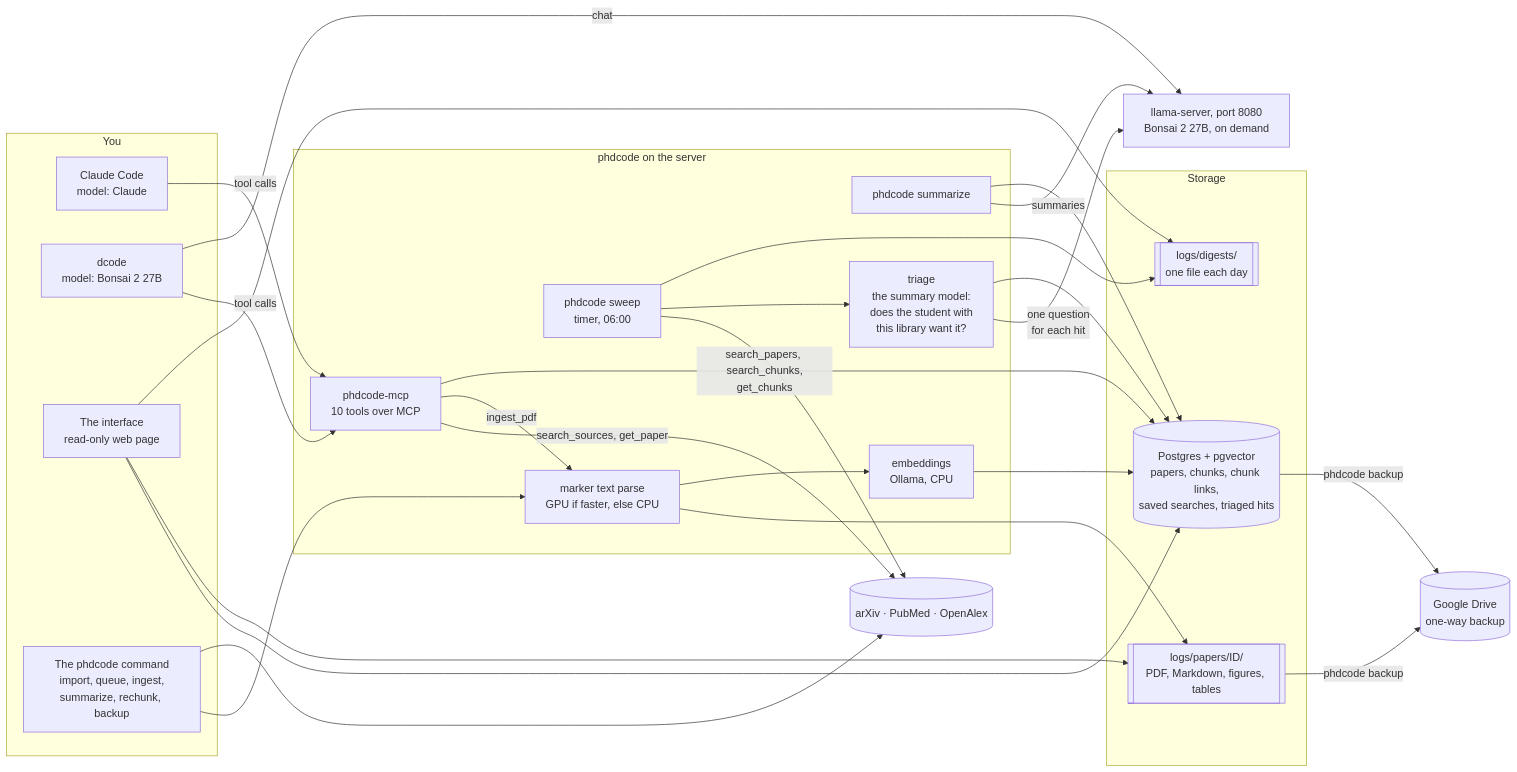
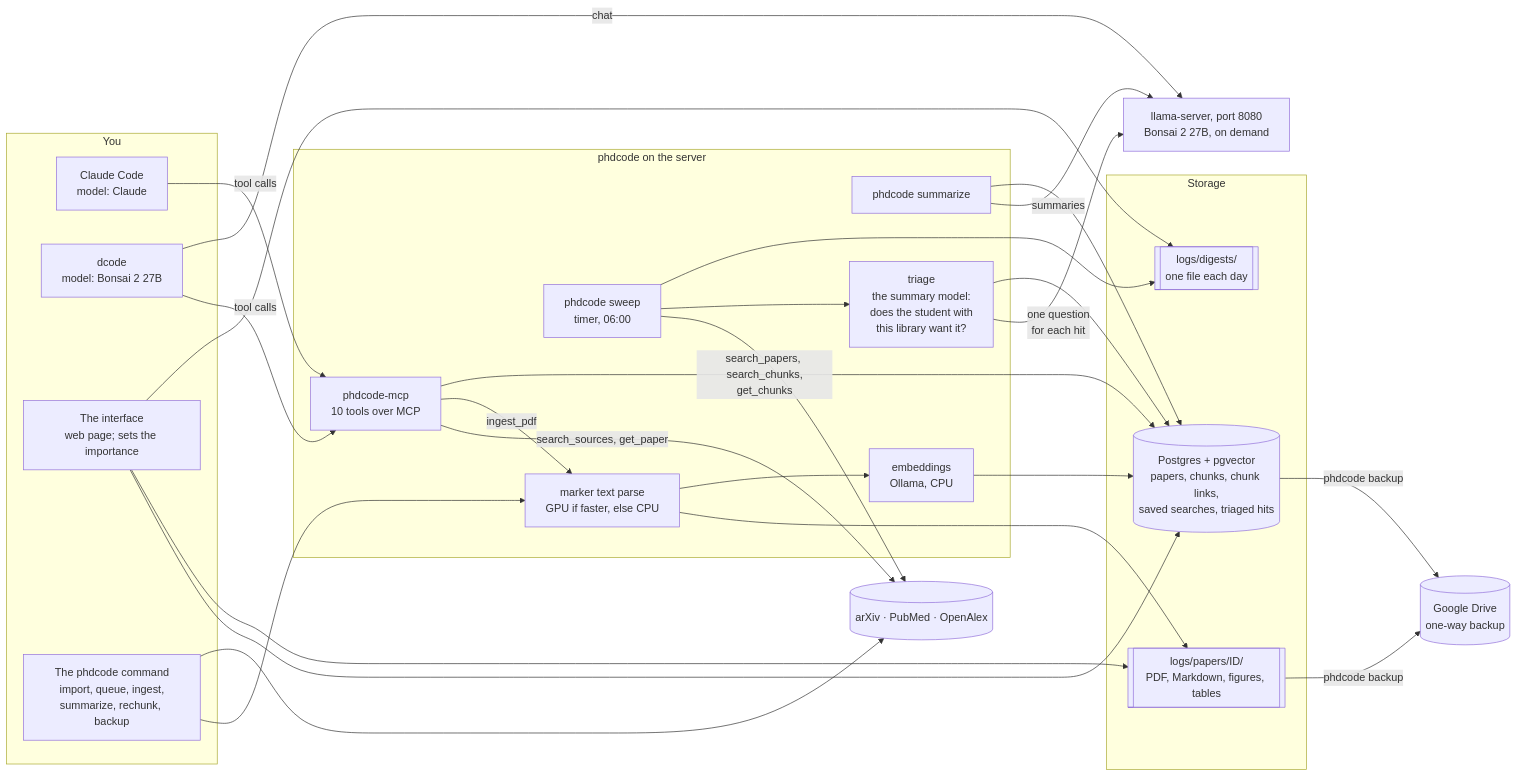
Before and after one commit to fuminaba/phdcode: the first of 6 diagrams in docs/how-it-works.md, drawn with Mermaid. The commit also changed 13 other files, not shown here.

````diff
--- a/docs/how-it-works.md
+++ b/docs/how-it-works.md
@@ -7,48 +7,48 @@
 ```mermaid
 flowchart LR
   subgraph you["You"]
     CC["Claude Code<br/>model: Claude"]
     DC["dcode<br/>model: Bonsai 2 27B"]
-    UI["The interface<br/>read-only web page"]
+    UI["The interface<br/>web page; sets the importance"]
     CLI["The phdcode command<br/>import, queue, ingest,<br/>summarize, rechunk, backup"]
   end
   subgraph phd["phdcode on the server"]
     MCP["phdcode-mcp<br/>10 tools over MCP"]
     SW["phdcode sweep<br/>timer, 06:00"]
     SUM["phdcode summarize"]
     PARSE["marker text parse<br/>GPU if faster, else CPU"]
     EMB["embeddings<br/>Ollama, CPU"]
     TRI["triage<br/>the summary model:<br/>does the student with<br/>this library want it?"]
   end
   subgraph store["Storage"]
     PG[("Postgres + pgvector<br/>papers, chunks, chunk links,<br/>saved searches, triaged hits")]
     FILES[["logs/papers/ID/<br/>PDF, Markdown, figures, tables"]]
     DIG[["logs/digests/<br/>one file each day"]]
   end
   SRC[("arXiv · PubMed · OpenAlex")]
   LLM["llama-server, port 8080<br/>Bonsai 2 27B, on demand"]
   DRIVE[("Google Drive<br/>one-way backup")]
   CC -- "tool calls" --> MCP
   DC -- "tool calls" --> MCP
   DC -- "chat" --> LLM
   CLI --> PARSE
   CLI --> SRC
   MCP -- "search_sources, get_paper" --> SRC
   MCP -- "ingest_pdf" --> PARSE
   PARSE --> FILES
   PARSE --> EMB
   EMB --> PG
   MCP -- "search_papers, search_chunks,<br/>get_chunks" --> PG
   SW --> SRC
   SW --> TRI
   TRI -- "one question<br/>for each hit" --> LLM
   TRI --> PG
   SW --> DIG
   SUM -- "summaries" --> LLM
   SUM --> PG
   UI --> PG
   UI --> FILES
   UI --> DIG
   PG -- "phdcode backup" --> DRIVE
   FILES -- "phdcode backup" --> DRIVE
 ```
````
